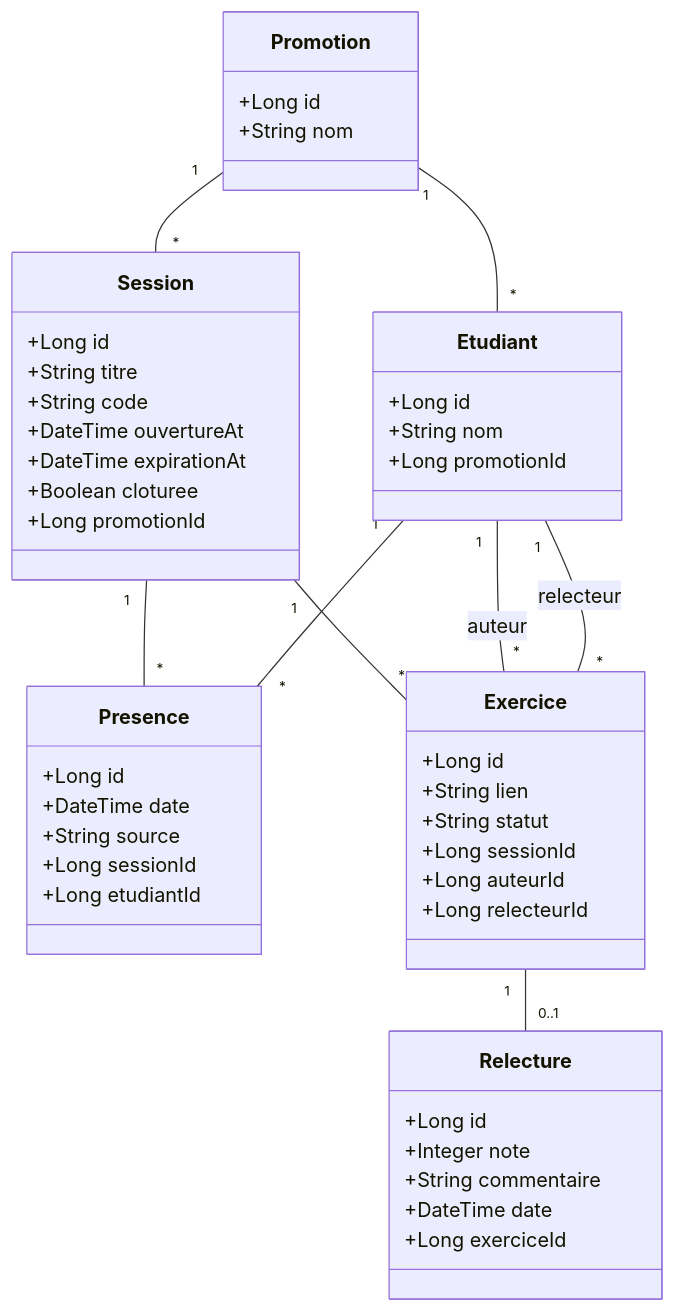
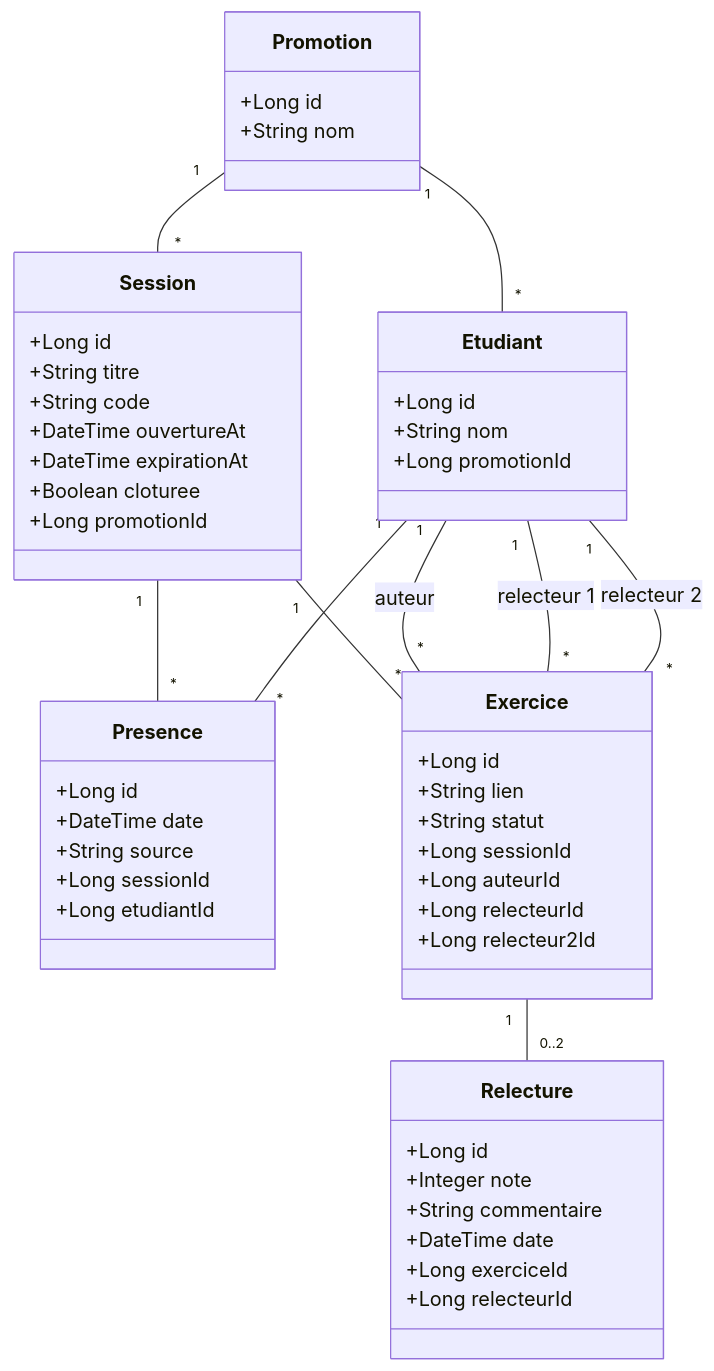
Before and after one commit to TksDesign/kfokam48-epreuve-KF48-YAO-271: the diagram in docs/diagrammes/D2.md, drawn with Mermaid. The commit also changed other lines of this file and 2 other files, not shown here.

Commit message:
docs: analyse mise a jour suite au changement RG6 (enveloppe etape 3)
Consequence directe du changement de besoin client (double relecteur,
moyenne des 2 notes, note provisoire si une seule rendue) : RG9 cassee
et remplacee par RG12/RG13. Impact complet documente en CDC §7bis
(modele de donnees, statuts, contrat, RG4). Diagrammes D2 (classes) et
D4 (etats) mis a jour en consequence. Sacrifice de perimetre ecrit
(reassignation differee, notifications, polish frontend).

Ce commit ne touche aucun code - uniquement l'analyse, avant
implementation.

````diff
--- a/docs/diagrammes/D2.md
+++ b/docs/diagrammes/D2.md
@@ -5,60 +5,63 @@
 ```mermaid
 classDiagram
     class Promotion {
         +Long id
         +String nom
     }
     
     class Etudiant {
         +Long id
         +String nom
         +Long promotionId
     }
     
     class Session {
         +Long id
         +String titre
         +String code
         +DateTime ouvertureAt
         +DateTime expirationAt
         +Boolean cloturee
         +Long promotionId
     }
     
     class Presence {
         +Long id
         +DateTime date
         +String source
         +Long sessionId
         +Long etudiantId
     }
     
     class Exercice {
         +Long id
         +String lien
         +String statut
         +Long sessionId
         +Long auteurId
         +Long relecteurId
+        +Long relecteur2Id
     }
     
     class Relecture {
         +Long id
         +Integer note
         +String commentaire
         +DateTime date
         +Long exerciceId
+        +Long relecteurId
     }
     
     Promotion "1" -- "*" Etudiant
     Promotion "1" -- "*" Session
     
     Session "1" -- "*" Presence
     Etudiant "1" -- "*" Presence
     
     Session "1" -- "*" Exercice
     Etudiant "1" -- "*" Exercice : auteur
-    Etudiant "1" -- "*" Exercice : relecteur
+    Etudiant "1" -- "*" Exercice : relecteur 1
+    Etudiant "1" -- "*" Exercice : relecteur 2
     
-    Exercice "1" -- "0..1" Relecture
+    Exercice "1" -- "0..2" Relecture
 ```
````
